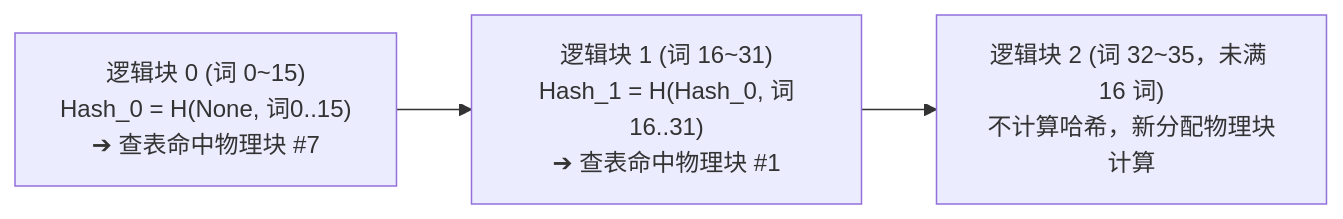
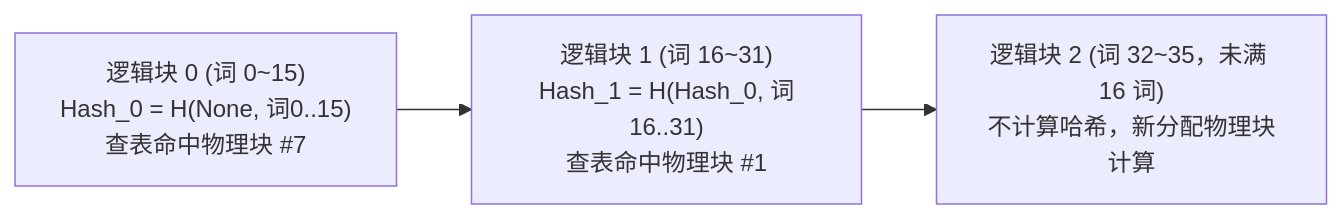
One commit to zrpxx/hands-on-llm-serving-opt changed the second of 2 diagrams in stage1/07-prefix-caching.md. Above: the diagram before and after it, drawn with Mermaid. The commit also changed other lines of this file and 71 other files, not shown here.

````diff
--- a/stage1/07-prefix-caching.md
+++ b/stage1/07-prefix-caching.md
@@ -81,4 +81,4 @@
 ```mermaid
 flowchart LR
-  B0["逻辑块 0 (词 0~15)<br/>Hash_0 = H(None, 词0..15)<br/>➔ 查表命中物理块 #7"] --> B1["逻辑块 1 (词 16~31)<br/>Hash_1 = H(Hash_0, 词16..31)<br/>➔ 查表命中物理块 #1"] --> B2["逻辑块 2 (词 32~35，未满 16 词)<br/>不计算哈希，新分配物理块计算"]
+  B0["逻辑块 0 (词 0~15)<br/>Hash_0 = H(None, 词0..15)<br/>查表命中物理块 #7"] --> B1["逻辑块 1 (词 16~31)<br/>Hash_1 = H(Hash_0, 词16..31)<br/>查表命中物理块 #1"] --> B2["逻辑块 2 (词 32~35，未满 16 词)<br/>不计算哈希，新分配物理块计算"]
 ```
````
